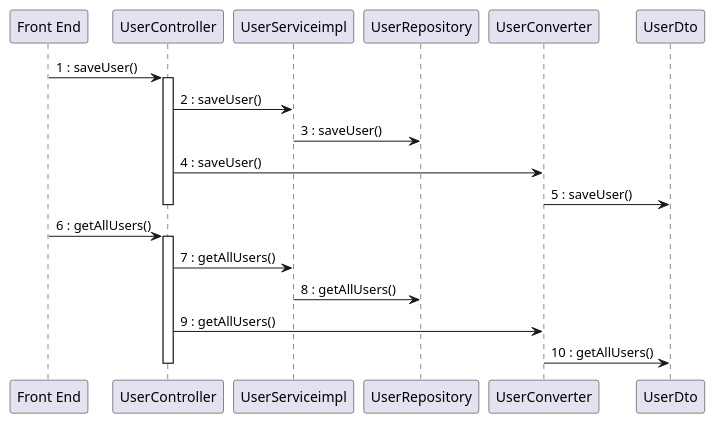
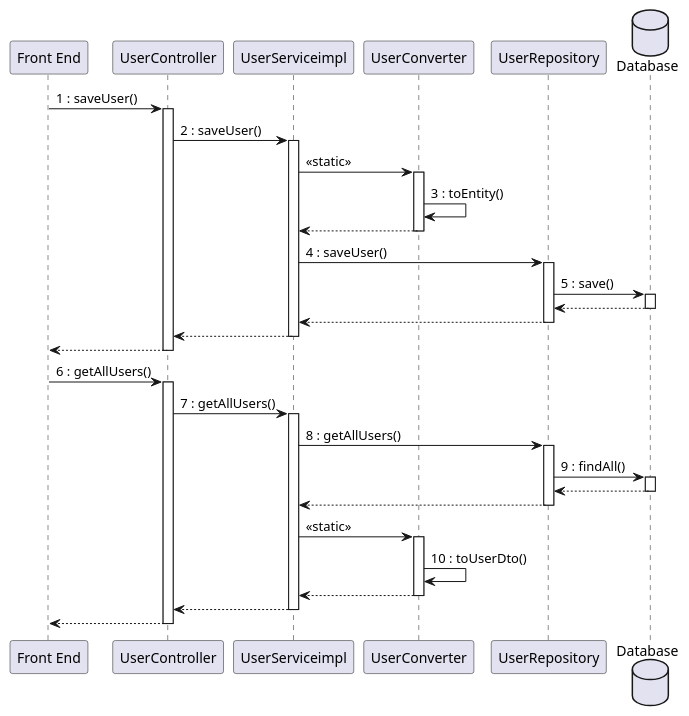
Before and after one commit to mosTavassoli/ezgas: the sixth of 15 diagrams in docs/DesignDocument.md, drawn with PlantUML. The commit also changed other lines of this file, not shown here.

Commit message:
docs(DesignDocument): edit sequence diagrams

````diff
--- a/docs/DesignDocument.md
+++ b/docs/DesignDocument.md
@@ -503,25 +518,36 @@
 ```plantuml
-
+database Database order 30
 "Front End" -> UserController:1 : saveUser()
 activate UserController
+UserController -> UserServiceimpl:2 : saveUser()
+activate UserServiceimpl
+UserServiceimpl -> UserConverter:<<static>>
+activate UserConverter
+UserConverter -> UserConverter:3 : toEntity()
+return
+UserServiceimpl -> UserRepository:4 : saveUser()
+activate UserRepository
+UserRepository -> Database:5 : save()
+activate Database
+return
+return
+return
+return
 
-UserController -> UserServiceimpl:2 : saveUser()
-
-UserServiceimpl -> UserRepository:3 : saveUser()
-
-UserController -> UserConverter:4 : saveUser()
-
-UserConverter -> UserDto:5 : saveUser()
-deactivate UserController
-
-"Front End" -> UserController :6 : getAllUsers()
+"Front End" -> UserController:6 : getAllUsers()
 activate UserController
-UserController -> UserServiceimpl :7 : getAllUsers()
-
-UserServiceimpl -> UserRepository :8 : getAllUsers()
-
-UserController -> UserConverter:9 : getAllUsers()
-
-UserConverter -> UserDto:10 : getAllUsers()
-deactivate UserController
+UserController -> UserServiceimpl:7 : getAllUsers()
+activate UserServiceimpl
+UserServiceimpl -> UserRepository:8 : getAllUsers()
+activate UserRepository
+UserRepository -> Database:9 : findAll()
+activate Database
+return
+return
+UserServiceimpl -> UserConverter:<<static>>
+activate UserConverter
+UserConverter -> UserConverter:10 : toUserDto()
+return
+return
+return
 ```
````
